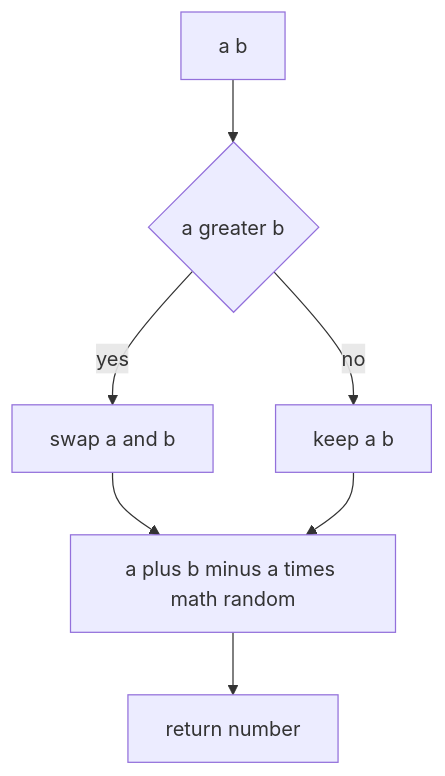
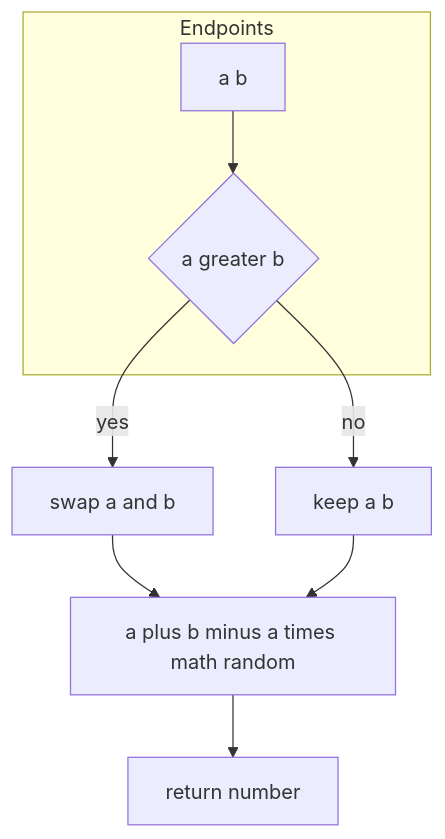
Before and after one commit to Gh0st352/AETHR: the second of 4 diagrams in docs/math/randomization.md, drawn with Mermaid. The commit also changed other lines of this file and 5 other files, not shown here.

First line of the commit message:
docs: normalize headings and enhance Mermaid diagrams in math README

````diff
--- a/docs/math/randomization.md
+++ b/docs/math/randomization.md
@@ -36,9 +50,18 @@
 ```mermaid
+%% shared theme: docs/_mermaid/theme.json %%
 flowchart TD
-  IN[a b] --> ORD{a greater b}
+  subgraph "Endpoints"
+    IN[a b]
+    ORD{a greater b}
+  end
+  IN --> ORD
   ORD -->|yes| SWAP[swap a and b]
   ORD -->|no| KEEP[keep a b]
   SWAP --> LERP[a plus b minus a times math random]
   KEEP --> LERP
   LERP --> OUT[return number]
+  class IN class_io;
+  class ORD,SWAP,KEEP class_decision;
+  class LERP class_compute;
+  class OUT class_result;
 ```
````
